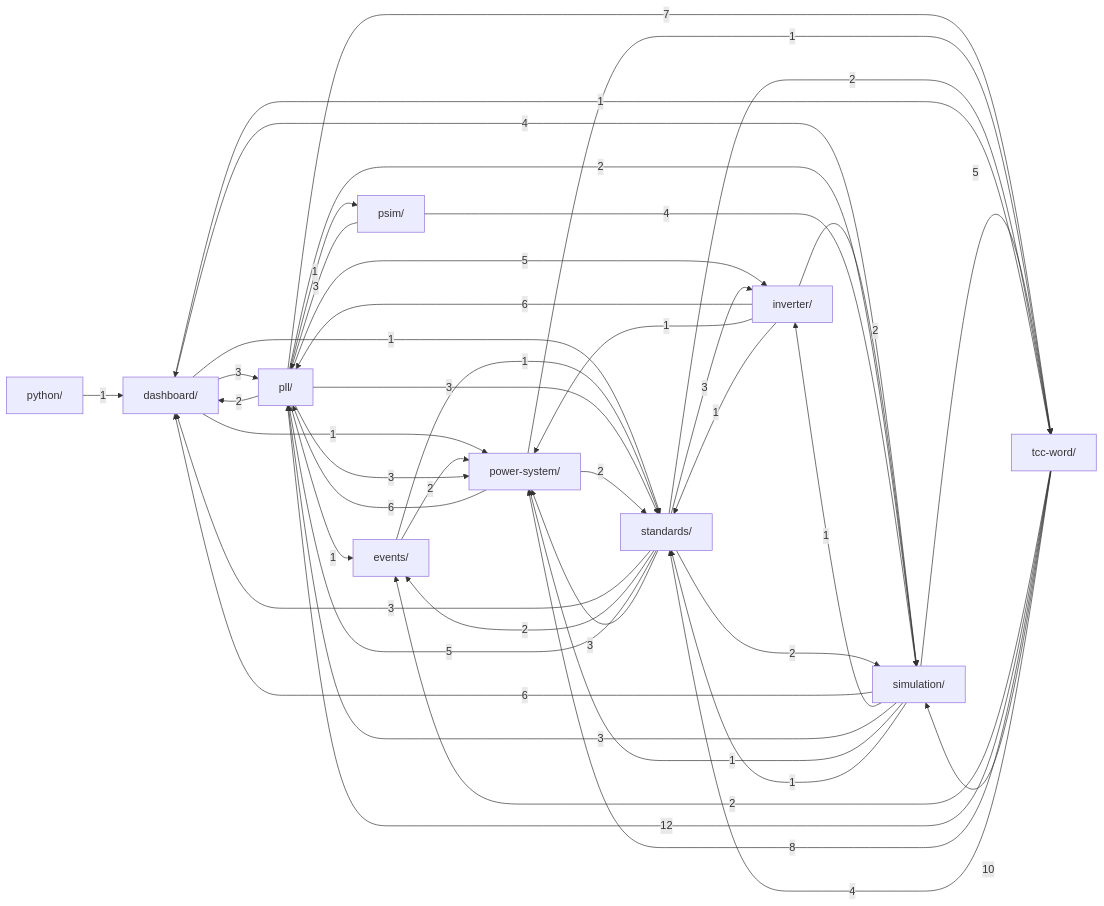
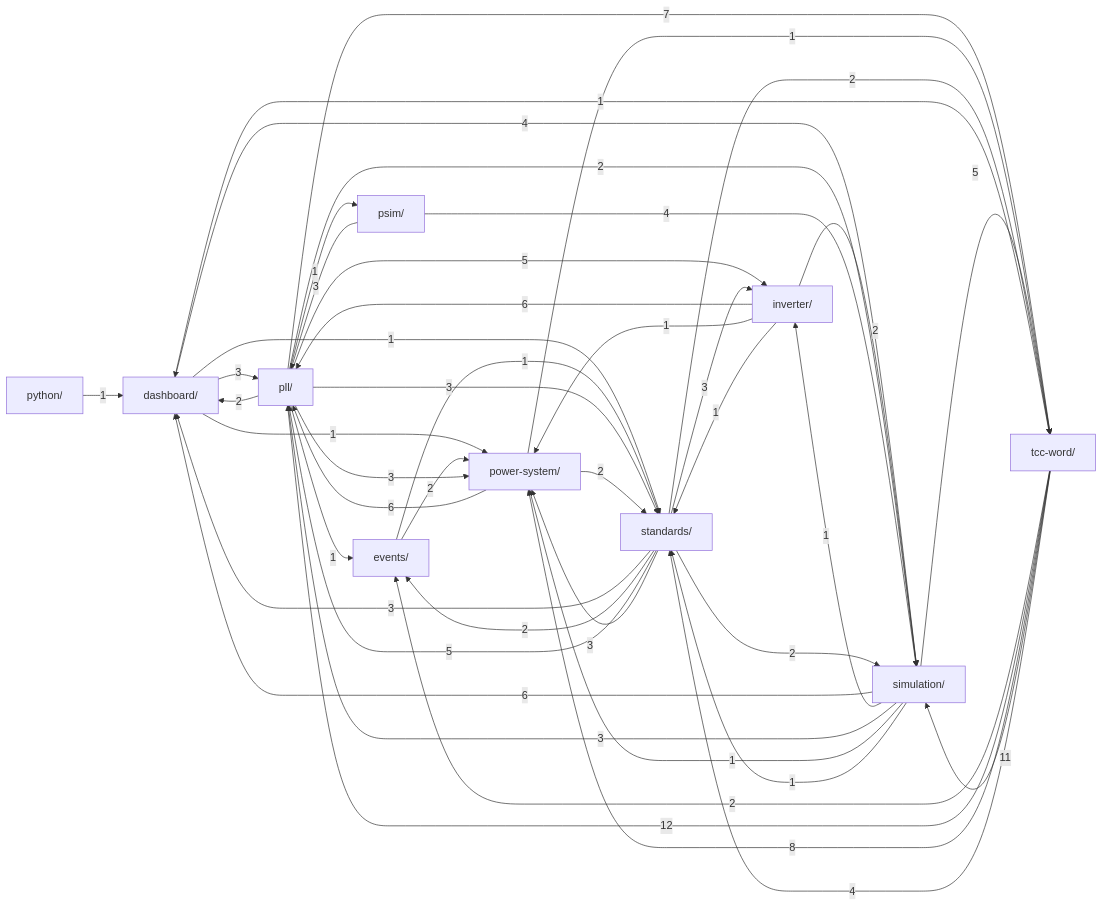
One commit to GGHB0/pll_stability_9bus changed the diagram in .claude/kb/grafo.md. Above: the diagram before and after it, drawn with Mermaid. The commit also changed 12 other files, not shown here.

````diff
--- a/.claude/kb/grafo.md
+++ b/.claude/kb/grafo.md
@@ -12,56 +12,56 @@
 ```mermaid
 graph LR
     dashboard["dashboard/"]
     events["events/"]
     inverter["inverter/"]
     pll["pll/"]
     power_system["power-system/"]
     psim["psim/"]
     python["python/"]
     simulation["simulation/"]
     standards["standards/"]
     tcc_word["tcc-word/"]
     dashboard -->|3| pll
     dashboard -->|1| power_system
     dashboard -->|4| simulation
     dashboard -->|1| standards
     events -->|2| power_system
     events -->|1| standards
     inverter -->|6| pll
     inverter -->|1| power_system
     inverter -->|2| simulation
     inverter -->|1| standards
     pll -->|2| dashboard
     pll -->|1| events
     pll -->|5| inverter
     pll -->|3| power_system
     pll -->|1| psim
     pll -->|2| simulation
     pll -->|3| standards
     pll -->|7| tcc_word
     power_system -->|6| pll
     power_system -->|2| standards
     power_system -->|1| tcc_word
     psim -->|3| pll
     psim -->|4| simulation
     python -->|1| dashboard
     simulation -->|6| dashboard
     simulation -->|1| inverter
     simulation -->|3| pll
     simulation -->|1| power_system
     simulation -->|1| standards
     simulation -->|5| tcc_word
     standards -->|3| dashboard
     standards -->|2| events
     standards -->|3| inverter
     standards -->|5| pll
     standards -->|3| power_system
     standards -->|2| simulation
     standards -->|2| tcc_word
     tcc_word -->|1| dashboard
     tcc_word -->|2| events
     tcc_word -->|12| pll
     tcc_word -->|8| power_system
-    tcc_word -->|10| simulation
+    tcc_word -->|11| simulation
     tcc_word -->|4| standards
 ```
````
